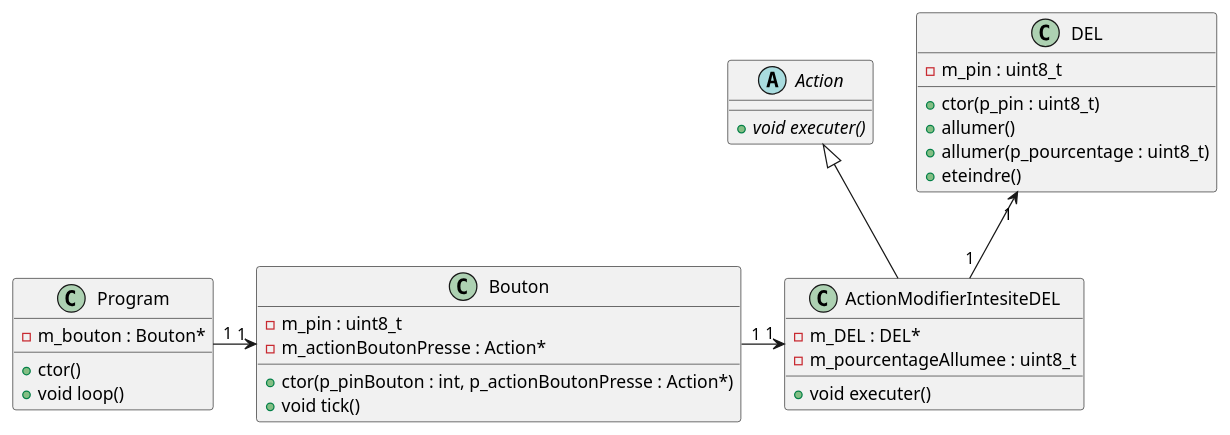
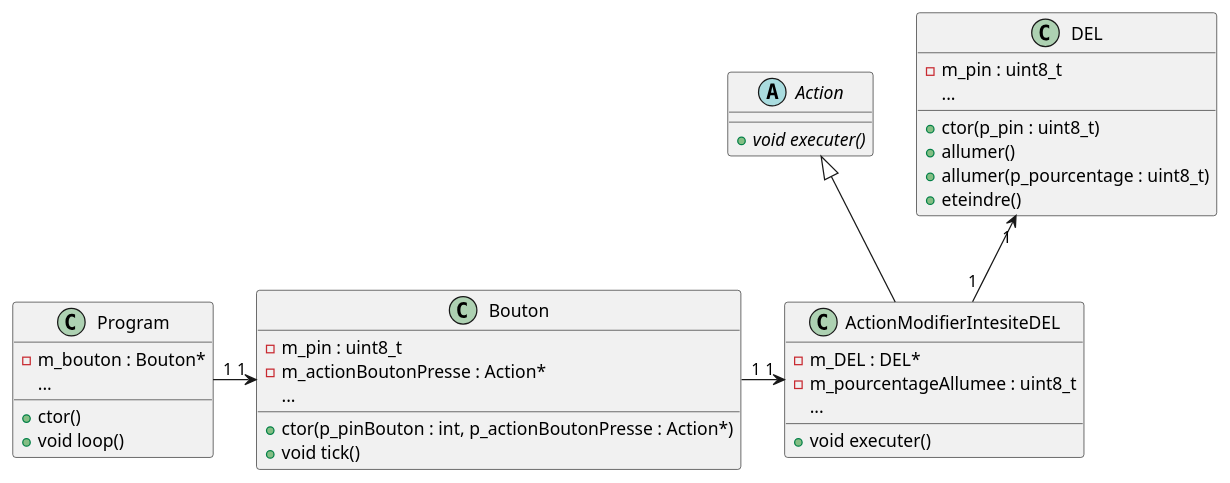
Before and after one commit to PiFou86/420-W48-SF: the diagram in Module06_ProgrammationEntreesNumeriques/wsd/diagramme_classes.wsd, drawn with PlantUML. The commit also changed 1 other file, not shown here.

Commit message:
ajout ... dans le diagramme

```diff
--- a/Module06_ProgrammationEntreesNumeriques/wsd/diagramme_classes.wsd
+++ b/Module06_ProgrammationEntreesNumeriques/wsd/diagramme_classes.wsd
@@ -1,42 +1,46 @@
 @startuml dc_Bouton
 skinparam maxMessageSize 50
 
 class Program {
     - m_bouton : Bouton*
+    ...
     + ctor()
     + void loop()
 }
 
 class Bouton {
     - m_pin : uint8_t
     - m_actionBoutonPresse : Action*
+    ...
     + ctor(p_pinBouton : int, p_actionBoutonPresse : Action*)
     + void tick()
 }
 
 abstract class Action {
     + void executer() {abstract}
 }
 
 class ActionModifierIntesiteDEL {
     - m_DEL : DEL*
     - m_pourcentageAllumee : uint8_t
+    ...
     + void executer()
 }
 
 Action <|-- ActionModifierIntesiteDEL
 
 class DEL {
     - m_pin : uint8_t
+    ...
     + ctor(p_pin : uint8_t)
     + allumer()
     + allumer(p_pourcentage : uint8_t)
     + eteindre()
 }
 
 DEL "1" <-- "1" ActionModifierIntesiteDEL
 Bouton "1" <-left- "1" Program
 ActionModifierIntesiteDEL "1" <-left- "1" Bouton
 
 
 @enduml
```
